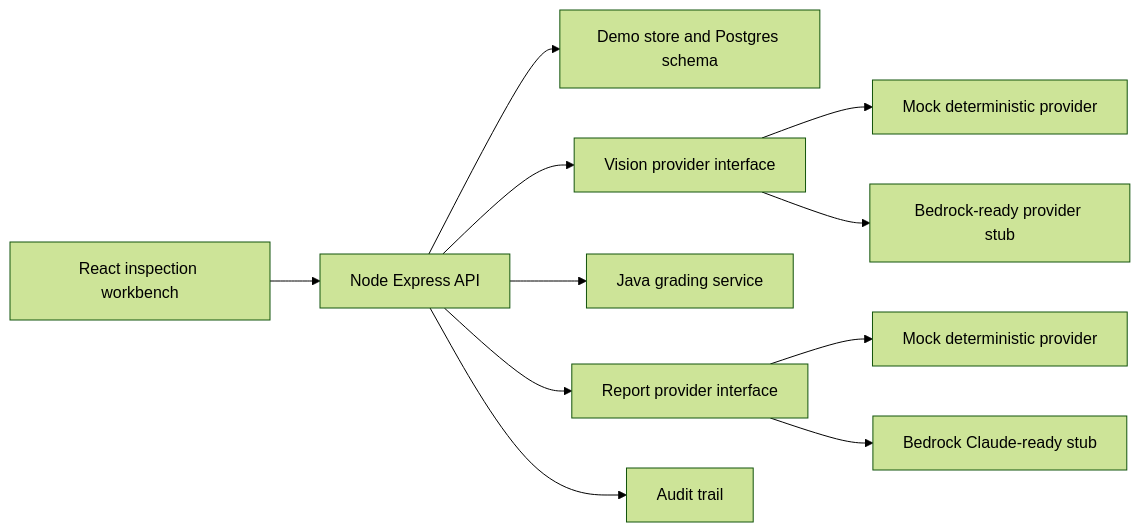
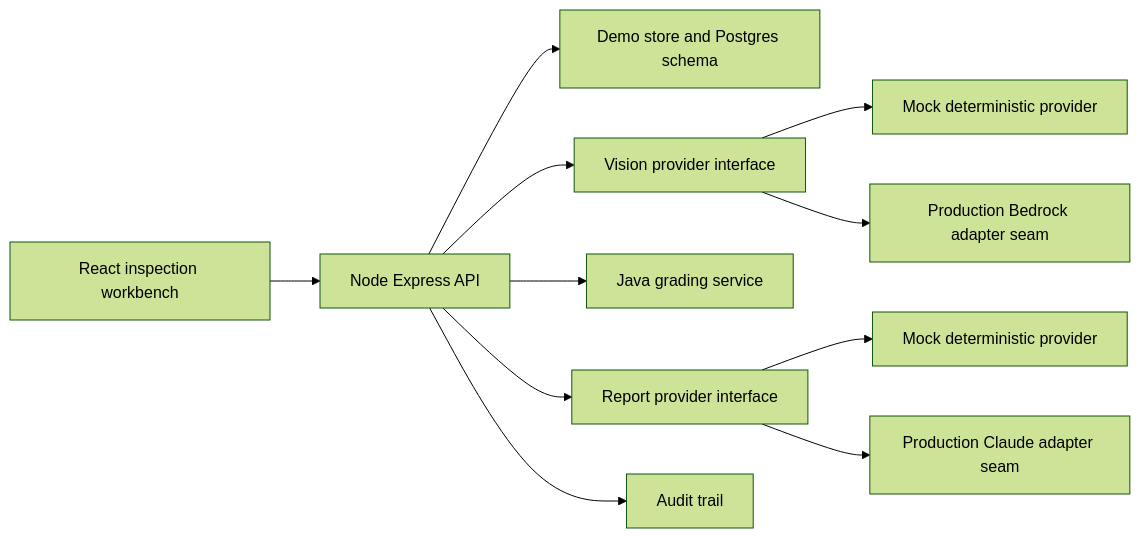
One commit to manynames3/inspectiq changed the diagram in docs/architecture.md. Above: the diagram before and after it, drawn with Mermaid (forest theme). The commit also changed other lines of this file and 7 other files, not shown here.

````diff
--- a/docs/architecture.md
+++ b/docs/architecture.md
@@ -5,13 +5,13 @@
 ```mermaid
 flowchart LR
   UI[React inspection workbench] --> API[Node Express API]
   API --> Store[Demo store and Postgres schema]
   API --> Vision[Vision provider interface]
   Vision --> MockVision[Mock deterministic provider]
-  Vision --> BedrockVision[Bedrock-ready provider stub]
+  Vision --> BedrockVision[Production Bedrock adapter seam]
   API --> Java[Java grading service]
   API --> Report[Report provider interface]
   Report --> MockReport[Mock deterministic provider]
-  Report --> BedrockReport[Bedrock Claude-ready stub]
+  Report --> BedrockReport[Production Claude adapter seam]
   API --> Audit[Audit trail]
 ```
````
